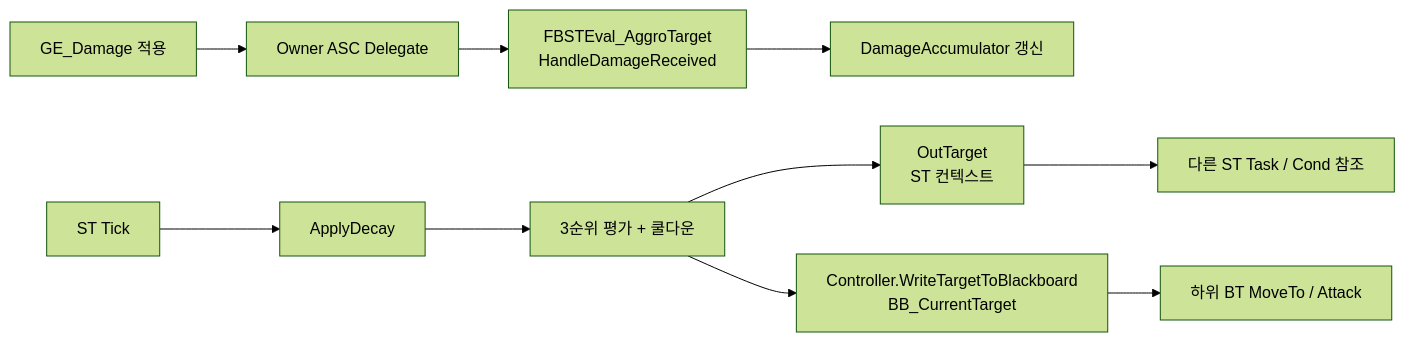
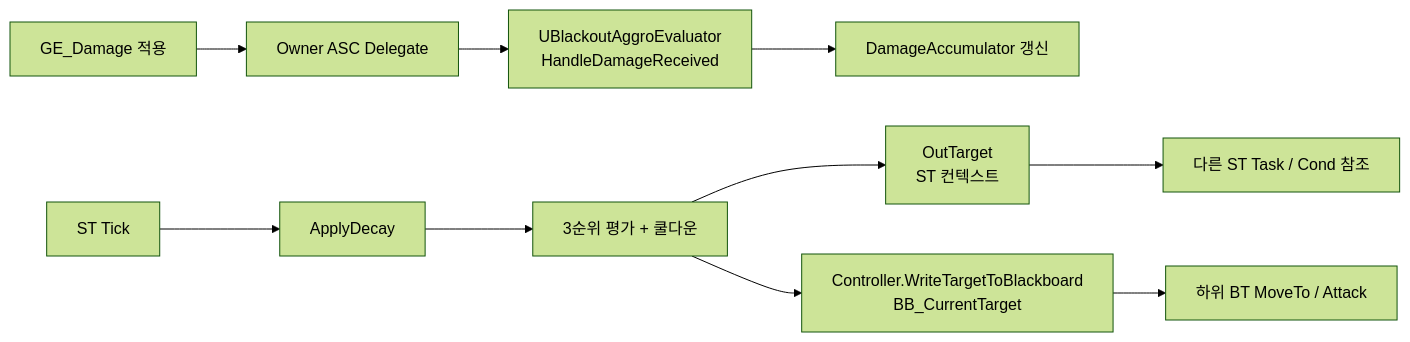
One commit to seongwon1579/ProjectBlackout changed the second of 5 diagrams in Docs/AI_Boss/03_StateTree_SubBT_Assets.md. Above: the diagram before and after it, drawn with Mermaid (forest theme). The commit also changed other lines of this file and 24 other files, not shown here.

Commit message:
Docs: 클래스 다이어그램 최신화

````diff
--- a/Docs/AI_Boss/03_StateTree_SubBT_Assets.md
+++ b/Docs/AI_Boss/03_StateTree_SubBT_Assets.md
@@ -153,12 +159,12 @@
 ```mermaid
 flowchart LR
     GE[GE_Damage 적용] --> ASC[Owner ASC Delegate]
-    ASC --> Eval[FBSTEval_AggroTarget<br/>HandleDamageReceived]
+    ASC --> Eval[UBlackoutAggroEvaluator<br/>HandleDamageReceived]
     Eval --> Map[DamageAccumulator 갱신]
     TickEv[ST Tick] --> Decay[ApplyDecay]
     Decay --> Select[3순위 평가 + 쿨다운]
     Select --> OutST[OutTarget<br/>ST 컨텍스트]
     Select --> BB[Controller.WriteTargetToBlackboard<br/>BB_CurrentTarget]
     OutST --> OtherTasks[다른 ST Task / Cond 참조]
     BB --> SubBT[하위 BT MoveTo / Attack]
 ```
````
